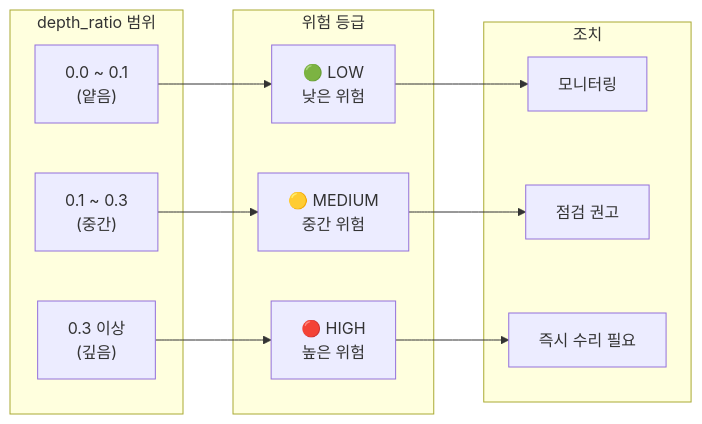
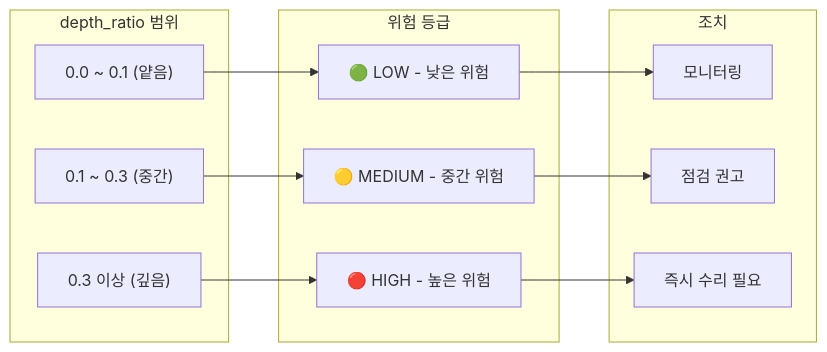
The fifth of 5 diagrams in README.md (2101070-LJI/pothole-detection-system), drawn with Mermaid before and after one commit. The commit also changed other lines of this file, not shown here.

Commit message:
Fix: remove all \n literals from mermaid diagram node labels
Replace \n with spaces/dashes in all mermaid node and decision labels
across architecture, pipeline, finetuning, and risk classification diagrams.

````diff
--- a/README.md
+++ b/README.md
@@ -171,24 +171,24 @@
 ```mermaid
 graph LR
     subgraph INPUT["depth_ratio 범위"]
-        A["0.0 ~ 0.1\n(얕음)"]
-        B["0.1 ~ 0.3\n(중간)"]
-        C["0.3 이상\n(깊음)"]
+        A["0.0 ~ 0.1 (얕음)"]
+        B["0.1 ~ 0.3 (중간)"]
+        C["0.3 이상 (깊음)"]
     end
 
     subgraph RISK["위험 등급"]
-        D["🟢 LOW\n낮은 위험"]
-        E["🟡 MEDIUM\n중간 위험"]
-        F["🔴 HIGH\n높은 위험"]
+        D["🟢 LOW - 낮은 위험"]
+        E["🟡 MEDIUM - 중간 위험"]
+        F["🔴 HIGH - 높은 위험"]
     end
 
     subgraph ACTION["조치"]
         G["모니터링"]
         H["점검 권고"]
         I["즉시 수리 필요"]
     end
 
     A --> D --> G
     B --> E --> H
     C --> F --> I
 ```
````
